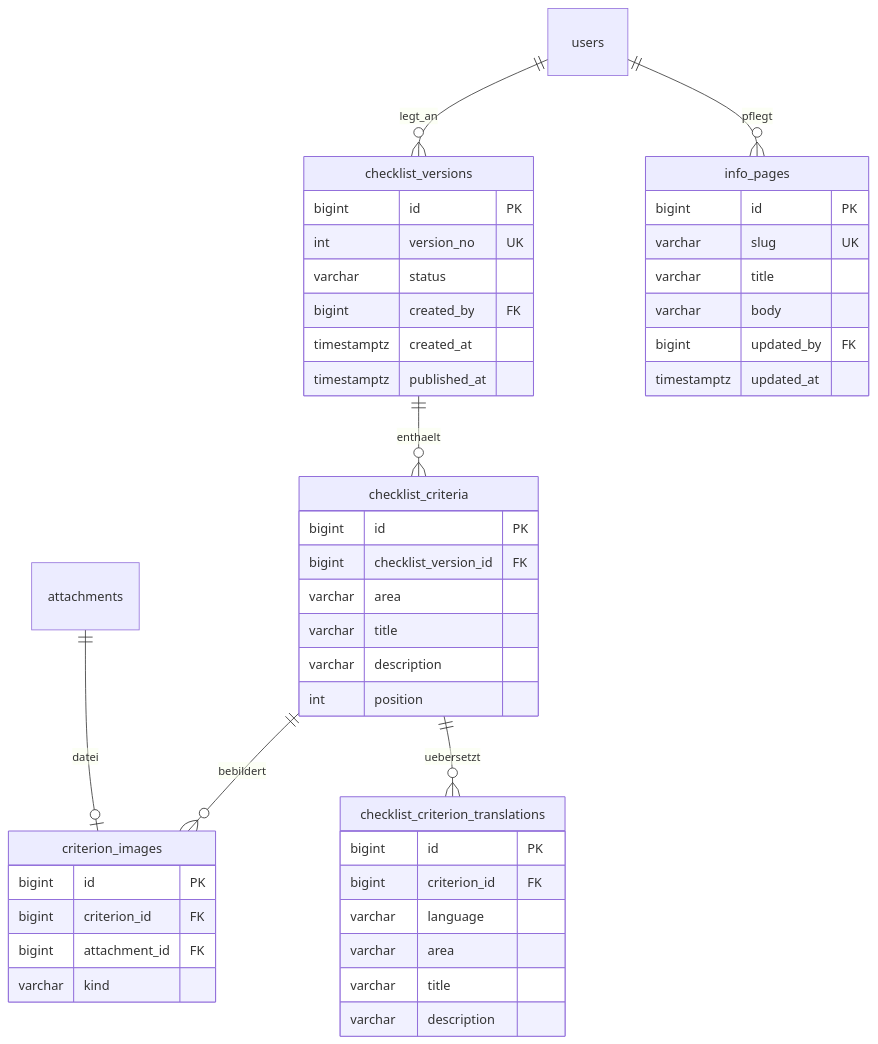
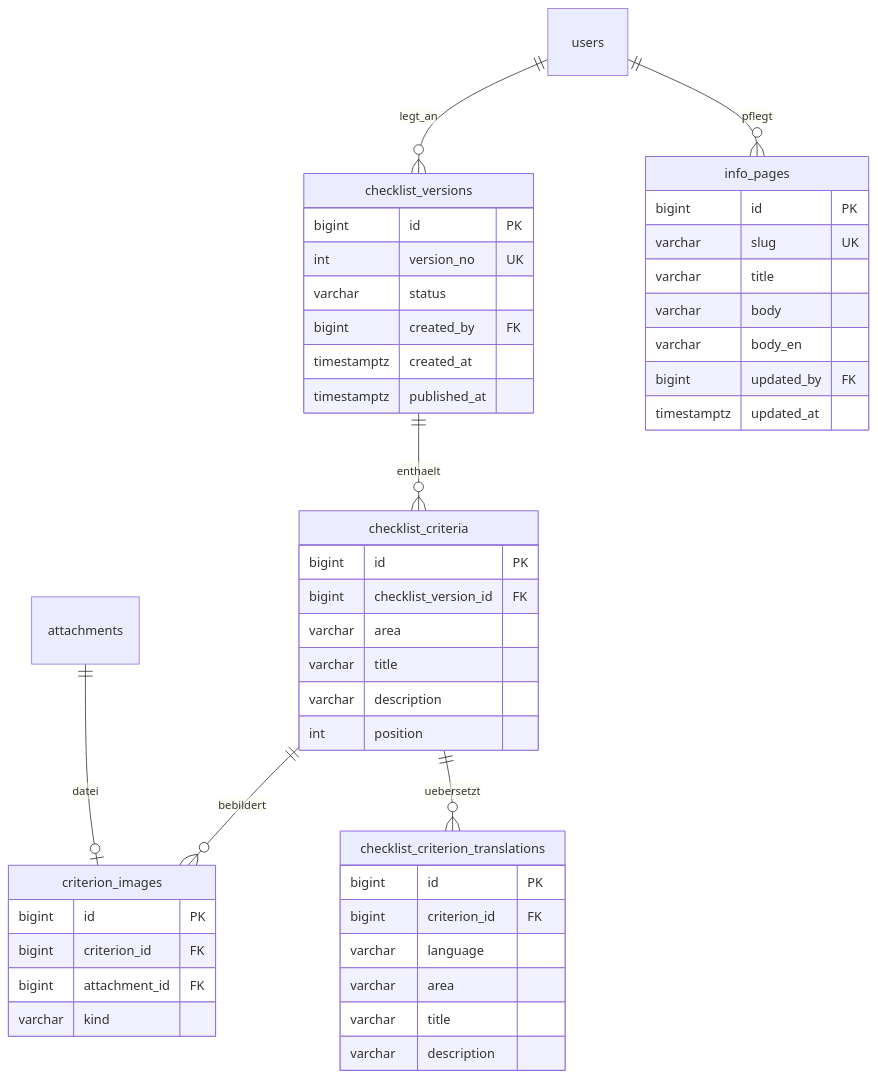
One commit to Sybit-Education/AUME2026 changed the fourth of 11 diagrams in docs/architektur/datenmodell.md. Above: the diagram before and after it, drawn with Mermaid. The commit also changed 9 other files, not shown here.

````diff
--- a/docs/architektur/datenmodell.md
+++ b/docs/architektur/datenmodell.md
@@ -143,48 +143,49 @@
 ```mermaid
 erDiagram
     users ||--o{ checklist_versions : legt_an
     checklist_versions ||--o{ checklist_criteria : enthaelt
     checklist_criteria ||--o{ criterion_images : bebildert
     checklist_criteria ||--o{ checklist_criterion_translations : uebersetzt
     attachments ||--o| criterion_images : datei
     users ||--o{ info_pages : pflegt
 
     checklist_versions {
         bigint id PK
         int version_no UK
         varchar status
         bigint created_by FK
         timestamptz created_at
         timestamptz published_at
     }
     checklist_criteria {
         bigint id PK
         bigint checklist_version_id FK
         varchar area
         varchar title
         varchar description
         int position
     }
     checklist_criterion_translations {
         bigint id PK
         bigint criterion_id FK
         varchar language
         varchar area
         varchar title
         varchar description
     }
     criterion_images {
         bigint id PK
         bigint criterion_id FK
         bigint attachment_id FK
         varchar kind
     }
     info_pages {
         bigint id PK
         varchar slug UK
         varchar title
         varchar body
+        varchar body_en
         bigint updated_by FK
         timestamptz updated_at
     }
 ```
````
